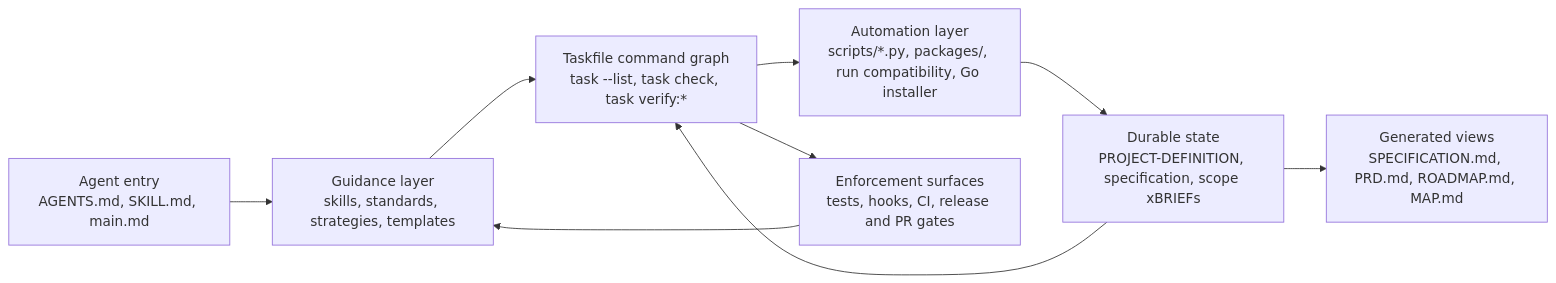
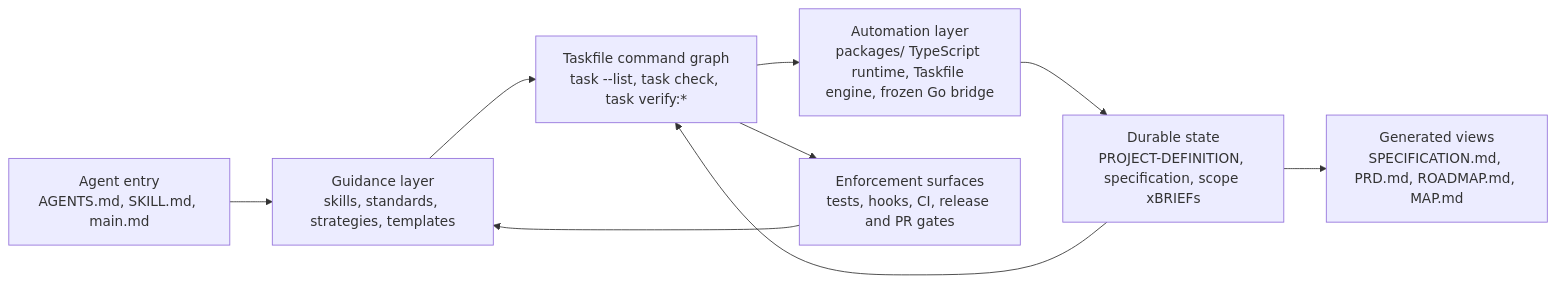
The first of 7 diagrams in docs/ARCHITECTURE.md (dbcall2/directive), drawn with Mermaid before and after one commit. The commit also changed other lines of this file and 4 other files, not shown here.

First line of the commit message:
docs(architecture): reconcile ARCHITECTURE and CONCEPTS for the current TypeScript runtime

````diff
--- a/docs/ARCHITECTURE.md
+++ b/docs/ARCHITECTURE.md
@@ -29,11 +33,11 @@
 ```mermaid
 flowchart LR
     A["Agent entry<br/>AGENTS.md, SKILL.md, main.md"] --> B["Guidance layer<br/>skills, standards, strategies, templates"]
     B --> C["Taskfile command graph<br/>task --list, task check, task verify:*"]
-    C --> D["Automation layer<br/>scripts/*.py, packages/, run compatibility, Go installer"]
+    C --> D["Automation layer<br/>packages/ TypeScript runtime, Taskfile engine, frozen Go bridge"]
     D --> E["Durable state<br/>PROJECT-DEFINITION, specification, scope xBRIEFs"]
     E --> F["Generated views<br/>SPECIFICATION.md, PRD.md, ROADMAP.md, MAP.md"]
     E --> C
     C --> G["Enforcement surfaces<br/>tests, hooks, CI, release and PR gates"]
     G --> B
 ```
````
